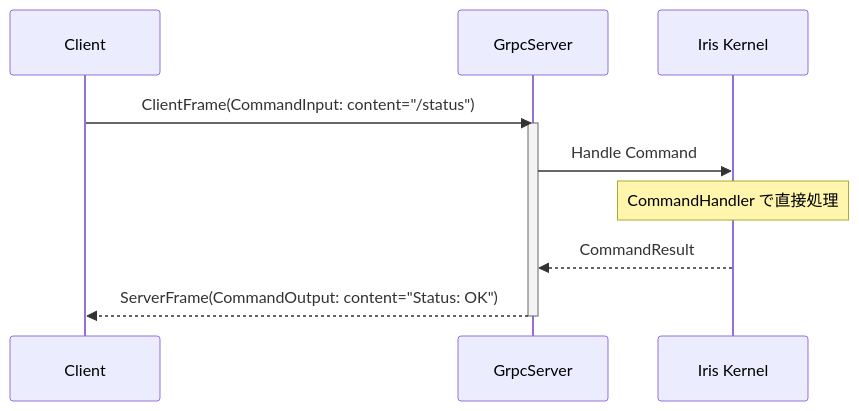
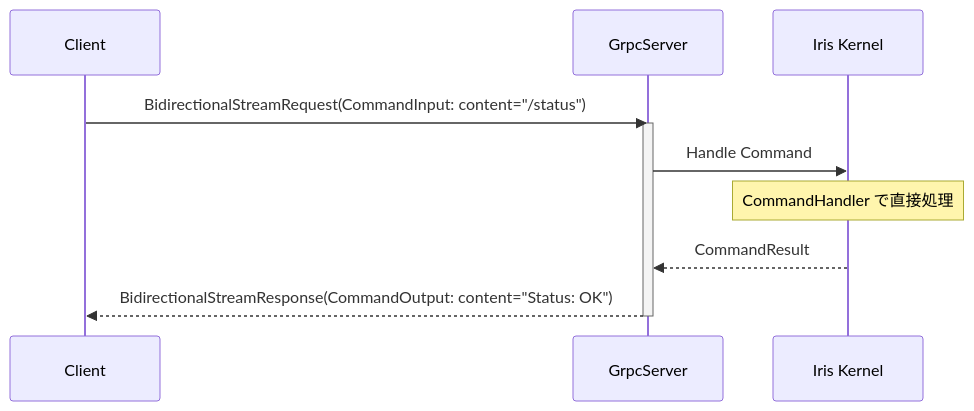
One commit to ibukani/iris-mind changed the second of 2 diagrams in docs/ipc-spec.md. Above: the diagram before and after it, drawn with Mermaid. The commit also changed other lines of this file and 1 other file, not shown here.

````diff
--- a/docs/ipc-spec.md
+++ b/docs/ipc-spec.md
@@ -172,14 +172,14 @@
 ```mermaid
 sequenceDiagram
     participant Client
     participant Server as GrpcServer
     participant Kernel as Iris Kernel
 
-    Client->>Server: ClientFrame(CommandInput: content="/status")
+    Client->>Server: BidirectionalStreamRequest(CommandInput: content="/status")
     activate Server
     Server->>Kernel: Handle Command
     Note over Kernel: CommandHandler で直接処理
     Kernel-->>Server: CommandResult
-    Server-->>Client: ServerFrame(CommandOutput: content="Status: OK")
+    Server-->>Client: BidirectionalStreamResponse(CommandOutput: content="Status: OK")
     deactivate Server
 ```
````
